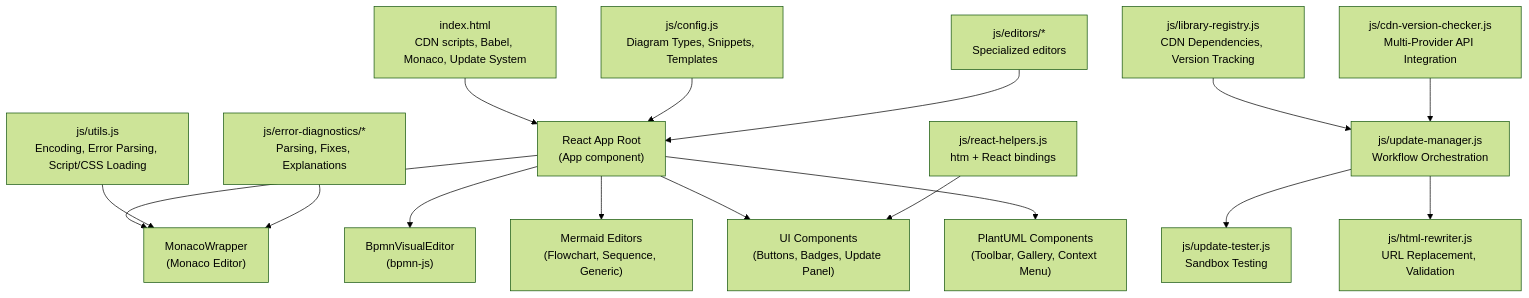
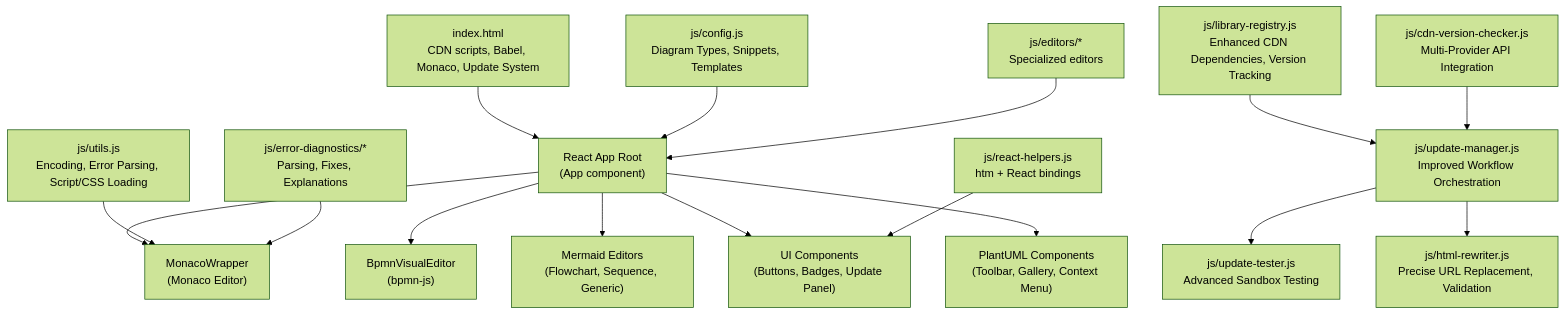
Before and after one commit to ongchonghian/universal-diagram-editor: the first of 13 diagrams in .qoder/repowiki/en/content/Advanced Features/Technical Implementations.md, drawn with Mermaid (forest theme). The commit also changed other lines of this file and 66 other files, not shown here.

First line of the commit message:
refactor: modernize codebase with Vite build system and modular React architecture

````diff
--- a/.qoder/repowiki/en/content/Advanced Features/Technical Implementations.md
+++ b/.qoder/repowiki/en/content/Advanced Features/Technical Implementations.md
@@ -59,18 +58,18 @@
 ```mermaid
 graph TB
 A["index.html<br/>CDN scripts, Babel, Monaco, Update System"] --> B["React App Root<br/>(App component)"]
 B --> C["MonacoWrapper<br/>(Monaco Editor)"]
 B --> D["BpmnVisualEditor<br/>(bpmn-js)"]
 B --> E["Mermaid Editors<br/>(Flowchart, Sequence, Generic)"]
 B --> F["UI Components<br/>(Buttons, Badges, Update Panel)"]
 B --> G["PlantUML Components<br/>(Toolbar, Gallery, Context Menu)"]
 H["js/utils.js<br/>Encoding, Error Parsing, Script/CSS Loading"] --> C
 I["js/config.js<br/>Diagram Types, Snippets, Templates"] --> B
 J["js/error-diagnostics/*<br/>Parsing, Fixes, Explanations"] --> C
 K["js/react-helpers.js<br/>htm + React bindings"] --> F
 L["js/editors/*<br/>Specialized editors"] --> B
-M["js/library-registry.js<br/>CDN Dependencies, Version Tracking"] --> N["Update System"]
-N["js/update-manager.js<br/>Workflow Orchestration"] --> O["js/update-tester.js<br/>Sandbox Testing"]
-N --> P["js/html-rewriter.js<br/>URL Replacement, Validation"]
+M["js/library-registry.js<br/>Enhanced CDN Dependencies, Version Tracking"] --> N["Update System"]
+N["js/update-manager.js<br/>Improved Workflow Orchestration"] --> O["js/update-tester.js<br/>Advanced Sandbox Testing"]
+N --> P["js/html-rewriter.js<br/>Precise URL Replacement, Validation"]
 Q["js/cdn-version-checker.js<br/>Multi-Provider API Integration"] --> N
 ```
````
